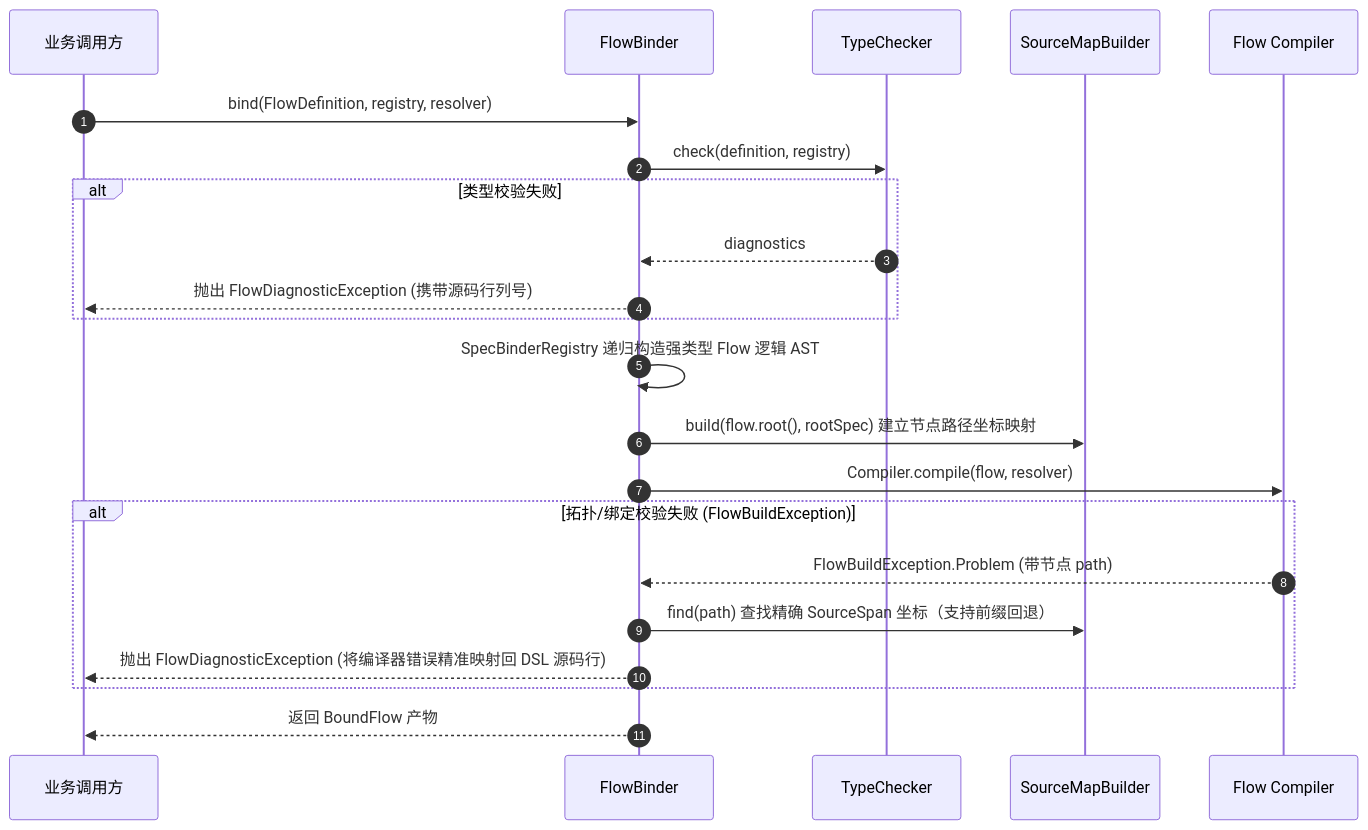
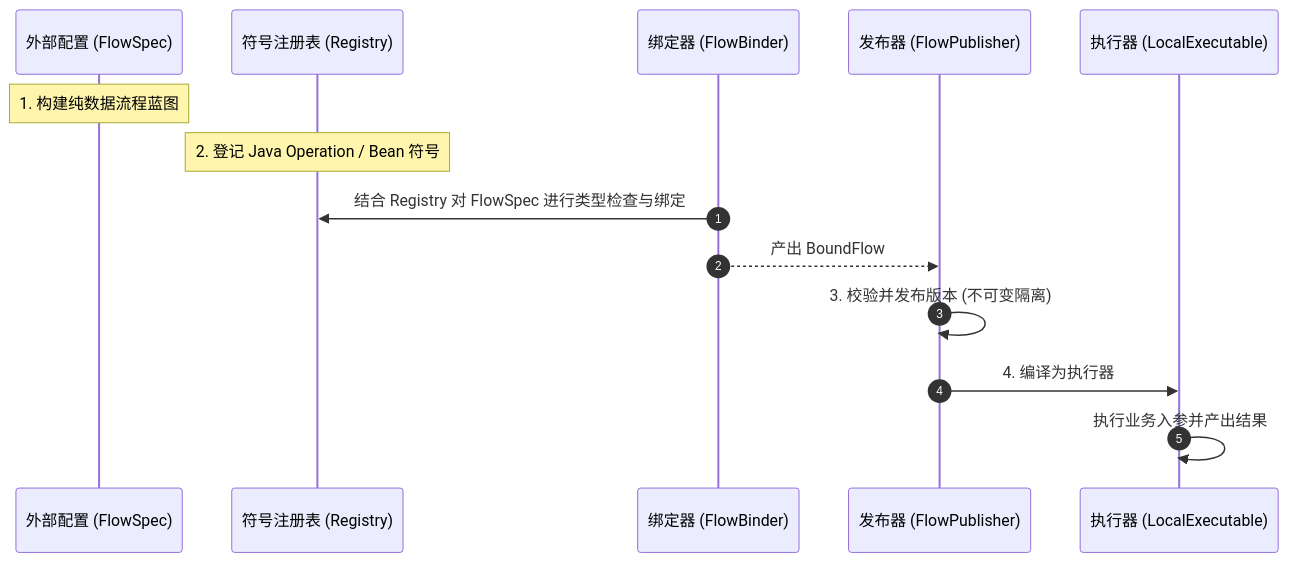
The third of 4 diagrams in docs/flow/flow-definition.md (team4u/team4u-framework), drawn with Mermaid before and after one commit. The commit also changed other lines of this file, not shown here.

Commit message:
docs(flow-definition): rewrite documentation to be accessible, intuitive and practical

````diff
--- a/docs/flow/flow-definition.md
+++ b/docs/flow/flow-definition.md
@@ -327,28 +101,17 @@
 ```mermaid
 sequenceDiagram
     autonumber
-    participant App as 业务调用方
-    participant Binder as FlowBinder
-    participant Checker as TypeChecker
-    participant SM as SourceMapBuilder
-    participant Compiler as Flow Compiler
-    
-    App->>Binder: bind(FlowDefinition, registry, resolver)
-    Binder->>Checker: check(definition, registry)
-    alt 类型校验失败
-        Checker-->>Binder: diagnostics
-        Binder-->>App: 抛出 FlowDiagnosticException (携带源码行列号)
-    end
-    
-    Binder->>Binder: SpecBinderRegistry 递归构造强类型 Flow 逻辑 AST
-    Binder->>SM: build(flow.root(), rootSpec) 建立节点路径坐标映射
-    
-    Binder->>Compiler: Compiler.compile(flow, resolver)
-    alt 拓扑/绑定校验失败 (FlowBuildException)
-        Compiler-->>Binder: FlowBuildException.Problem (带节点 path)
-        Binder->>SM: find(path) 查找精确 SourceSpan 坐标（支持前缀回退）
-        Binder-->>App: 抛出 FlowDiagnosticException (将编译器错误精准映射回 DSL 源码行)
-    end
-    
-    Binder-->>App: 返回 BoundFlow 产物
+    participant D as 外部配置 (FlowSpec)
+    participant R as 符号注册表 (Registry)
+    participant B as 绑定器 (FlowBinder)
+    participant P as 发布器 (FlowPublisher)
+    participant E as 执行器 (LocalExecutable)
+
+    Note over D: 1. 构建纯数据流程蓝图
+    Note over R: 2. 登记 Java Operation / Bean 符号
+    B->>R: 结合 Registry 对 FlowSpec 进行类型检查与绑定
+    B-->>P: 产出 BoundFlow
+    P->>P: 3. 校验并发布版本 (不可变隔离)
+    P->>E: 4. 编译为执行器
+    E->>E: 执行业务入参并产出结果
 ```
````
